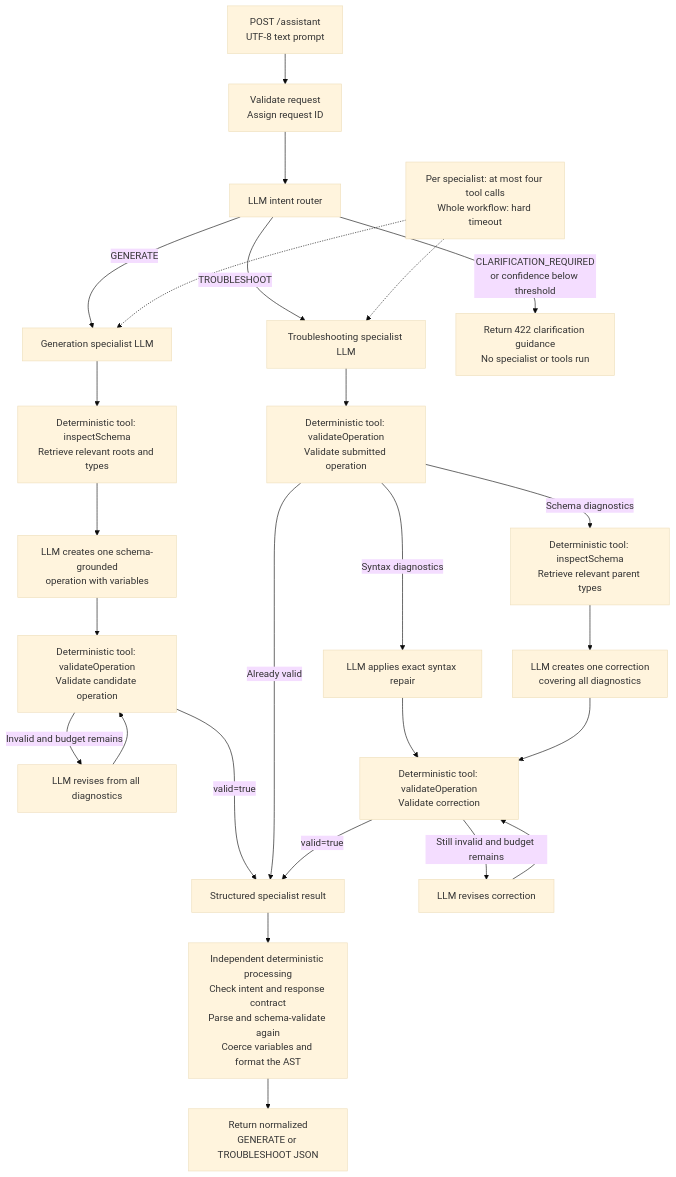
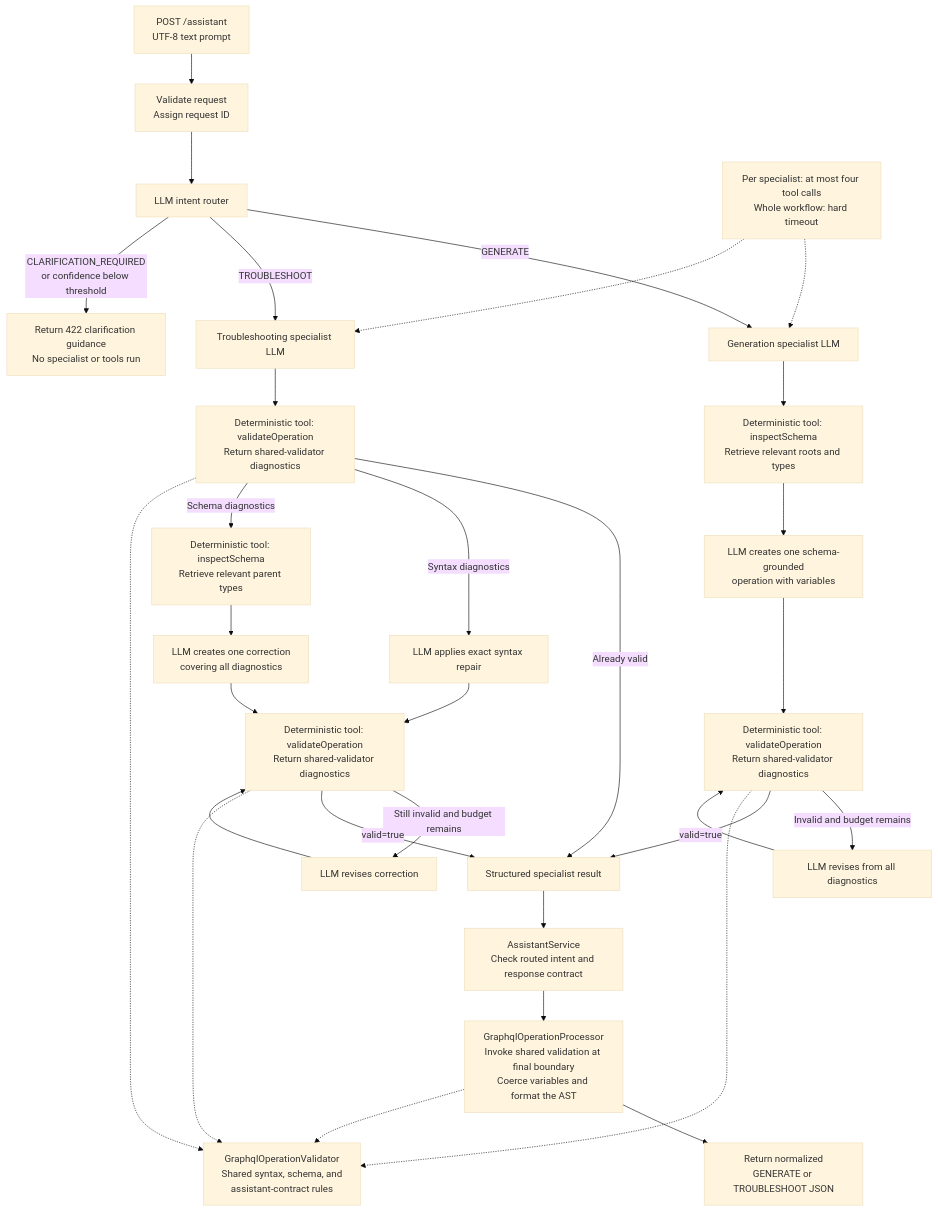
The diagram in README.md (skp2001vn/agentic-graphql-assistant), drawn with Mermaid (base theme) before and after one commit. The commit also changed other lines of this file and 6 other files, not shown here.

Commit message:
Document shared validation flow

````diff
--- a/README.md
+++ b/README.md
@@ -44,33 +44,40 @@
 ```mermaid
 flowchart TD
     A["POST /assistant<br/>UTF-8 text prompt"] --> B["Validate request<br/>Assign request ID"]
     B --> C["LLM intent router"]
 
     C -->|"GENERATE"| G["Generation specialist LLM"]
     G --> GI["Deterministic tool: inspectSchema<br/>Retrieve relevant roots and types"]
     GI --> GC["LLM creates one schema-grounded<br/>operation with variables"]
-    GC --> GV["Deterministic tool: validateOperation<br/>Validate candidate operation"]
+    GC --> GV["Deterministic tool: validateOperation<br/>Return shared-validator diagnostics"]
     GV -->|"Invalid and budget remains"| GR["LLM revises from all diagnostics"]
     GR --> GV
     GV -->|"valid=true"| S["Structured specialist result"]
 
     C -->|"TROUBLESHOOT"| T["Troubleshooting specialist LLM"]
-    T --> TV1["Deterministic tool: validateOperation<br/>Validate submitted operation"]
+    T --> TV1["Deterministic tool: validateOperation<br/>Return shared-validator diagnostics"]
     TV1 -->|"Already valid"| S
     TV1 -->|"Syntax diagnostics"| TF1["LLM applies exact syntax repair"]
-    TF1 --> TV2["Deterministic tool: validateOperation<br/>Validate correction"]
+    TF1 --> TV2["Deterministic tool: validateOperation<br/>Return shared-validator diagnostics"]
     TV1 -->|"Schema diagnostics"| TI["Deterministic tool: inspectSchema<br/>Retrieve relevant parent types"]
     TI --> TF2["LLM creates one correction<br/>covering all diagnostics"]
     TF2 --> TV2
     TV2 -->|"Still invalid and budget remains"| TF3["LLM revises correction"]
     TF3 --> TV2
     TV2 -->|"valid=true"| S
 
     C -->|"CLARIFICATION_REQUIRED<br/>or confidence below threshold"| Q["Return 422 clarification guidance<br/>No specialist or tools run"]
 
-    S --> D["Independent deterministic processing<br/>Check intent and response contract<br/>Parse and schema-validate again<br/>Coerce variables and format the AST"]
-    D --> R["Return normalized<br/>GENERATE or TROUBLESHOOT JSON"]
+    S --> D["AssistantService<br/>Check routed intent and response contract"]
+    D --> P["GraphqlOperationProcessor<br/>Invoke shared validation at final boundary<br/>Coerce variables and format the AST"]
+    P --> R["Return normalized<br/>GENERATE or TROUBLESHOOT JSON"]
+
+    V["GraphqlOperationValidator<br/>Shared syntax, schema, and<br/>assistant-contract rules"]
+    GV -.-> V
+    TV1 -.-> V
+    TV2 -.-> V
+    P -.-> V
 
     L["Per specialist: at most four tool calls<br/>Whole workflow: hard timeout"] -.-> G
     L -.-> T
 ```
````
